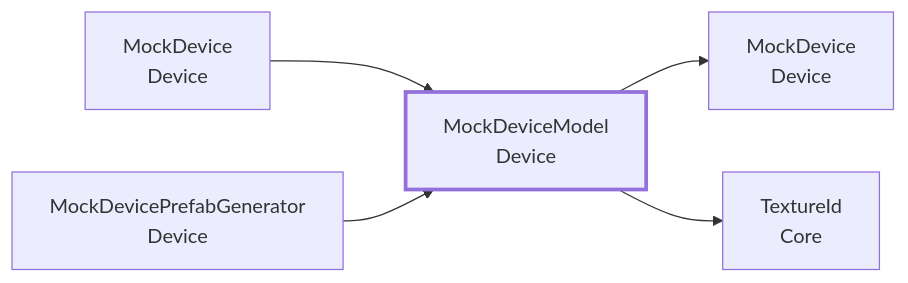
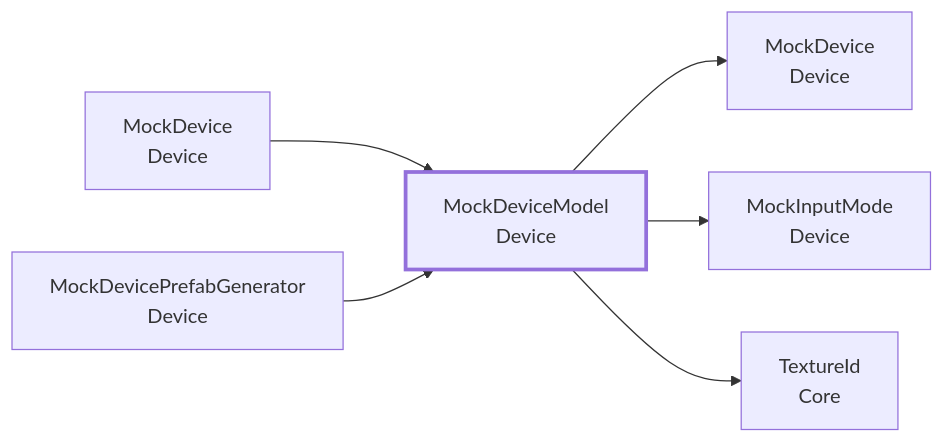
The second of 3 diagrams in docs/api/Device.md (Fialuxe/MouthOfGod_System), drawn with Mermaid before and after one commit. The commit also changed other lines of this file and 28 other files, not shown here.

````diff
--- a/docs/api/Device.md
+++ b/docs/api/Device.md
@@ -98,9 +102,10 @@
 ```mermaid
 flowchart LR
   C_MockDeviceModel["MockDeviceModel<br/>Device"]:::me
   U_MockDevice["MockDevice<br/>Device"] --> C_MockDeviceModel
   U_MockDevicePrefabGenerator["MockDevicePrefabGenerator<br/>Device"] --> C_MockDeviceModel
   C_MockDeviceModel --> D_MockDevice["MockDevice<br/>Device"]
+  C_MockDeviceModel --> D_MockInputMode["MockInputMode<br/>Device"]
   C_MockDeviceModel --> D_TextureId["TextureId<br/>Core"]
   classDef me stroke-width:3px
 ```
````
